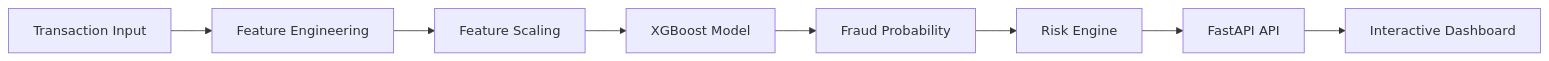
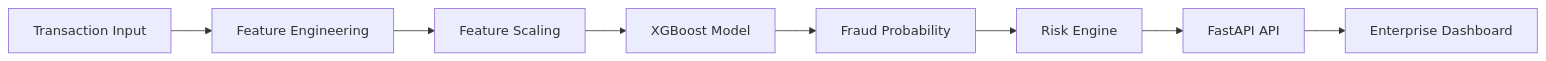
The diagram in README.md (Aarya0706/fraud-detection-api), drawn with Mermaid before and after one commit. The commit also changed other lines of this file, not shown here.

Commit message:
Overhaul README: demo section, architecture diagrams, roadmap, stats

````diff
--- a/README.md
+++ b/README.md
@@ -86,27 +160,20 @@
 ```mermaid
 flowchart LR
 
 A[Transaction Input]
-
 B[Feature Engineering]
-
 C[Feature Scaling]
-
 D[XGBoost Model]
-
 E[Fraud Probability]
-
 F[Risk Engine]
-
 G[FastAPI API]
-
-H[Interactive Dashboard]
+H[Enterprise Dashboard]
 
 A --> B
 B --> C
 C --> D
 D --> E
 E --> F
 F --> G
 G --> H
 ```
````
